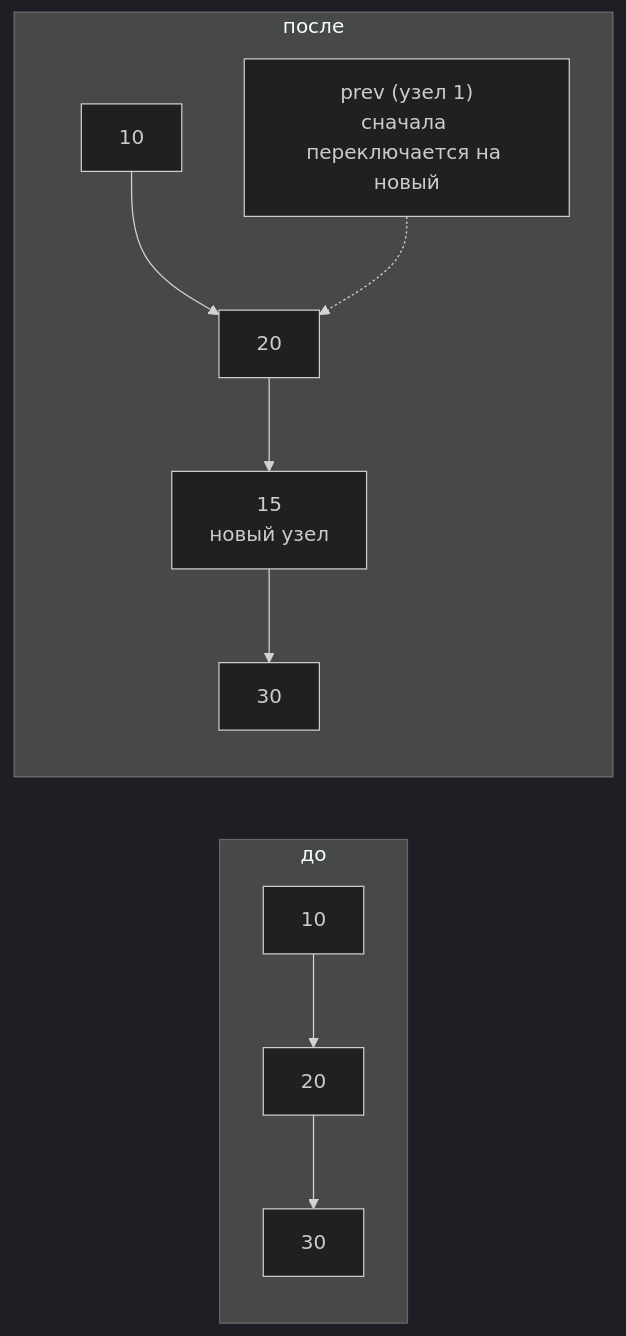
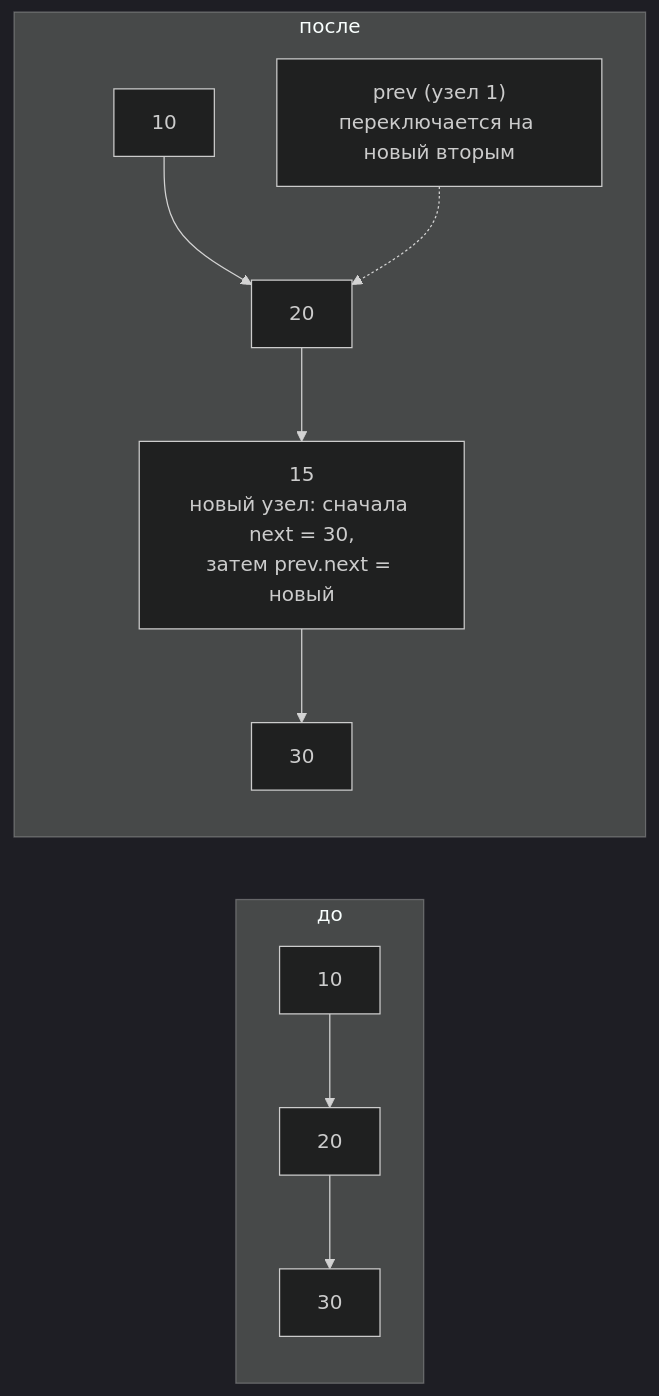
The third of 4 diagrams in docs/algorithms/lists.md (EvgeniiIvanov/algo), drawn with Mermaid (dark theme) before and after one commit. The commit also changed other lines of this file and 6 other files, not shown here.

````diff
--- a/docs/algorithms/lists.md
+++ b/docs/algorithms/lists.md
@@ -47,10 +47,10 @@
 ```mermaid
 flowchart LR
     subgraph before["до"]
         A0["10"] --> A1["20"] --> A2["30"]
     end
     subgraph after["после"]
-        B0["10"] --> B1["20"] --> B2["15<br/>новый узел"] --> B3["30"]
-        P["prev (узел 1)<br/>сначала переключается на новый"] -.-> B1
+        B0["10"] --> B1["20"] --> B2["15<br/>новый узел: сначала next = 30,<br/>затем prev.next = новый"] --> B3["30"]
+        PrevMark["prev (узел 1)<br/>переключается на новый вторым"] -.-> B1
     end
 ```
````
